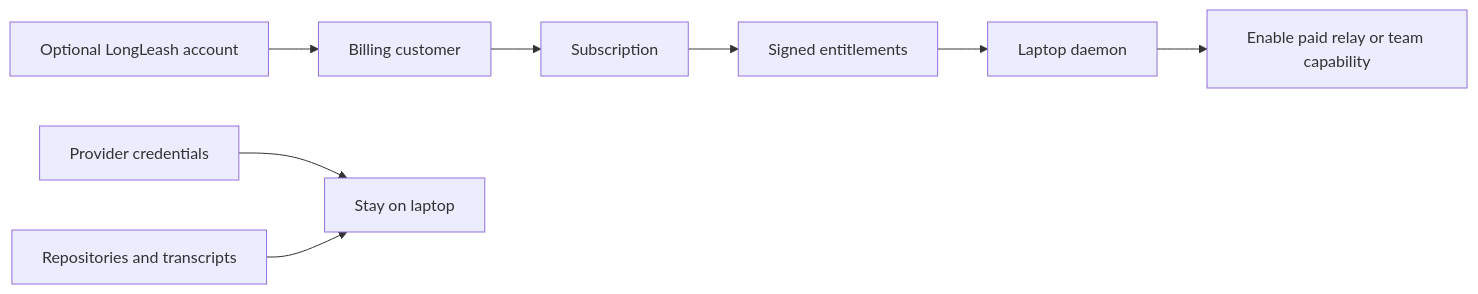
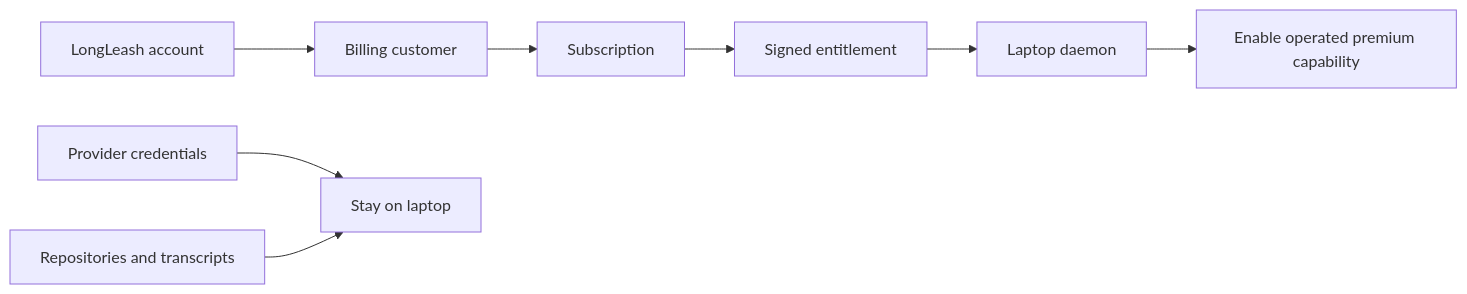
The second of 2 diagrams in docs/PUBLIC-ACCOUNT-STRATEGY.md (Sahith59/LongLe-sh), drawn with Mermaid before and after one commit. The commit also changed other lines of this file and 38 other files, not shown here.

````diff
--- a/docs/PUBLIC-ACCOUNT-STRATEGY.md
+++ b/docs/PUBLIC-ACCOUNT-STRATEGY.md
@@ -44,10 +94,10 @@
 ```mermaid
 flowchart LR
-    A[Optional LongLeash account] --> B[Billing customer]
+    A[LongLeash account] --> B[Billing customer]
     B --> C[Subscription]
-    C --> D[Signed entitlements]
+    C --> D[Signed entitlement]
     D --> E[Laptop daemon]
-    E --> F[Enable paid relay or team capability]
+    E --> F[Enable operated premium capability]
     G[Provider credentials] --> H[Stay on laptop]
     I[Repositories and transcripts] --> H
 ```
````
